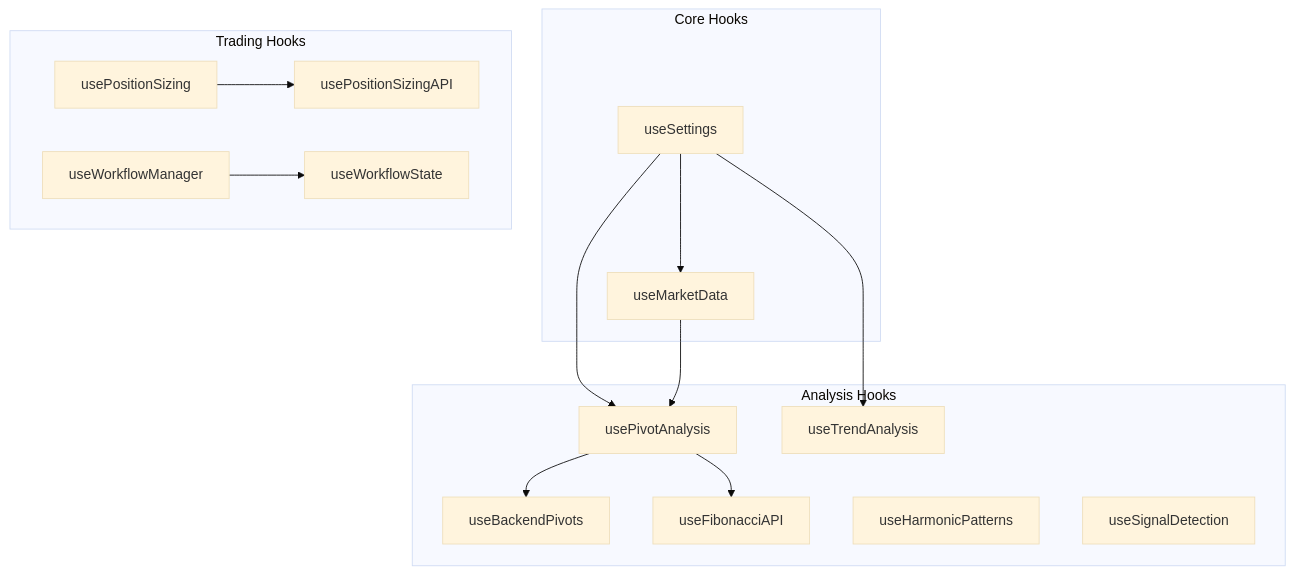
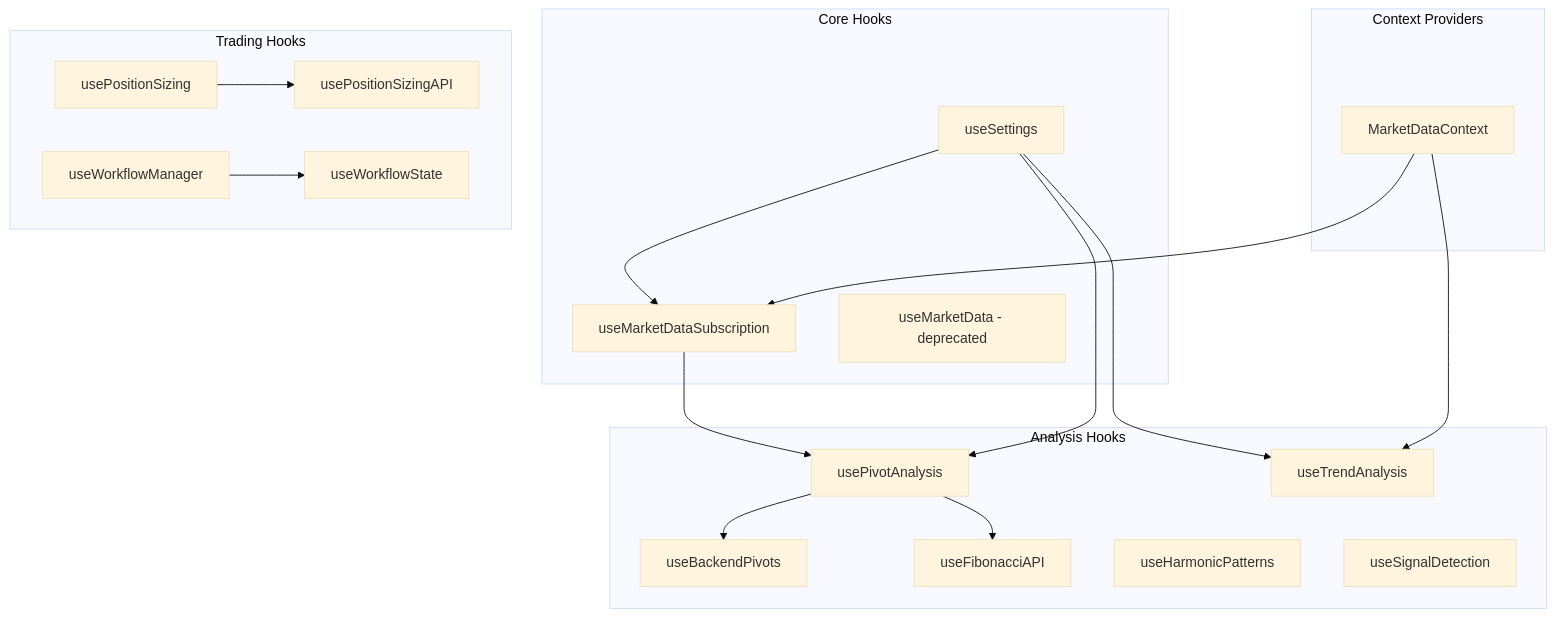
Before and after one commit to NeelThan/trader: diagram 20 of 23 in docs/frontend/component-architecture.md, drawn with Mermaid (base theme). The commit also changed other lines of this file, not shown here.

First line of the commit message:
docs(frontend): document centralized MarketDataProvider architecture

````diff
--- a/docs/frontend/component-architecture.md
+++ b/docs/frontend/component-architecture.md
@@ -726,34 +801,42 @@
 ```mermaid
 graph TB
+    subgraph "Context Providers"
+        MDC[MarketDataContext]
+    end
+
     subgraph "Core Hooks"
         US[useSettings]
-        UMD[useMarketData]
+        UMDS[useMarketDataSubscription]
+        UMD[useMarketData - deprecated]
     end
 
     subgraph "Analysis Hooks"
         UPA[usePivotAnalysis]
         UBP[useBackendPivots]
         UFA[useFibonacciAPI]
         UTA[useTrendAnalysis]
         UHP[useHarmonicPatterns]
         USD[useSignalDetection]
     end
 
     subgraph "Trading Hooks"
         UPS[usePositionSizing]
         UPSA[usePositionSizingAPI]
         UWM[useWorkflowManager]
         UWS[useWorkflowState]
     end
 
-    US --> UMD
+    MDC --> UMDS
+    MDC --> UTA
+
+    US --> UMDS
     US --> UTA
     US --> UPA
 
-    UMD --> UPA
+    UMDS --> UPA
     UPA --> UBP
     UPA --> UFA
 
     UPS --> UPSA
     UWM --> UWS
 ```
````
